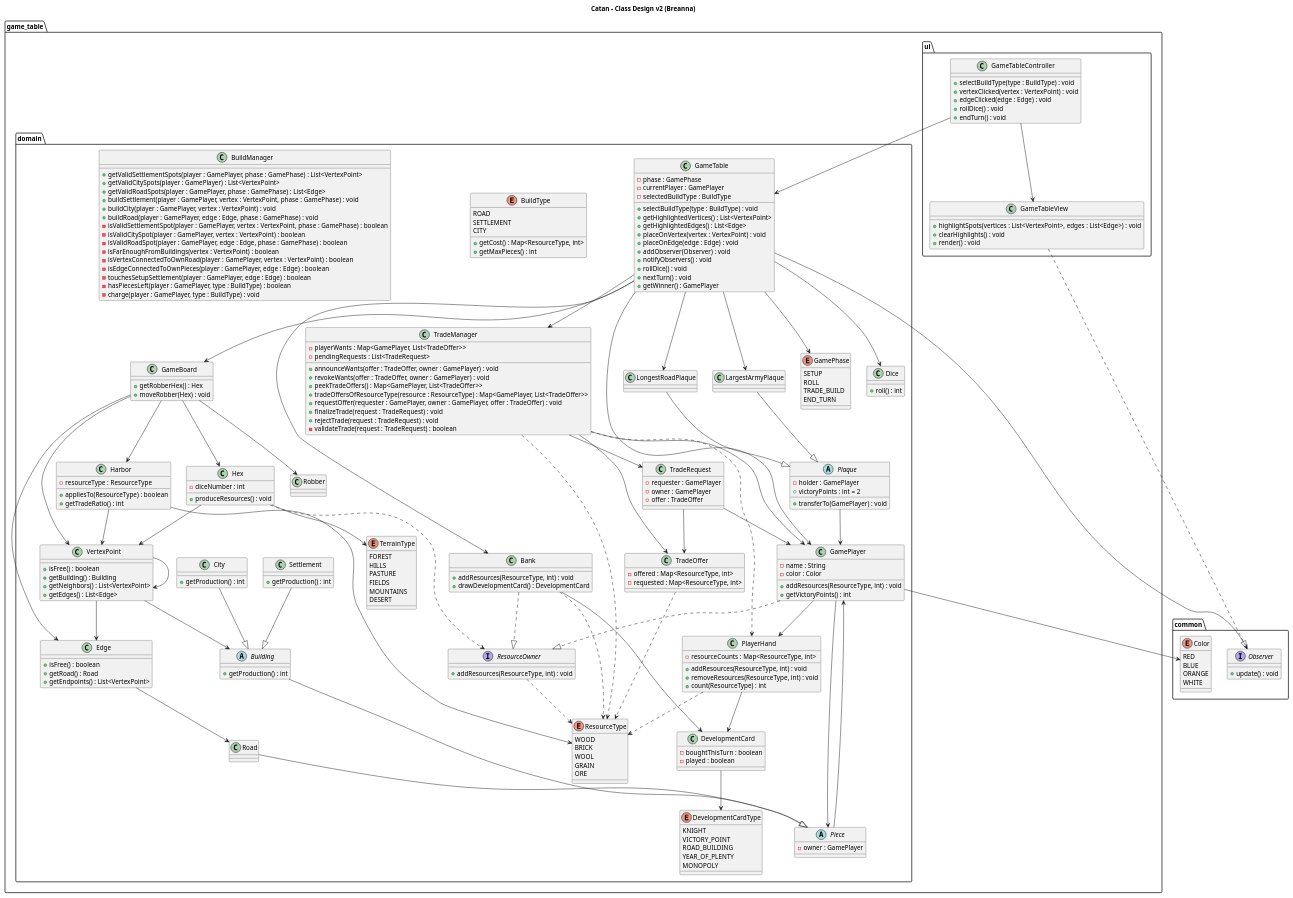
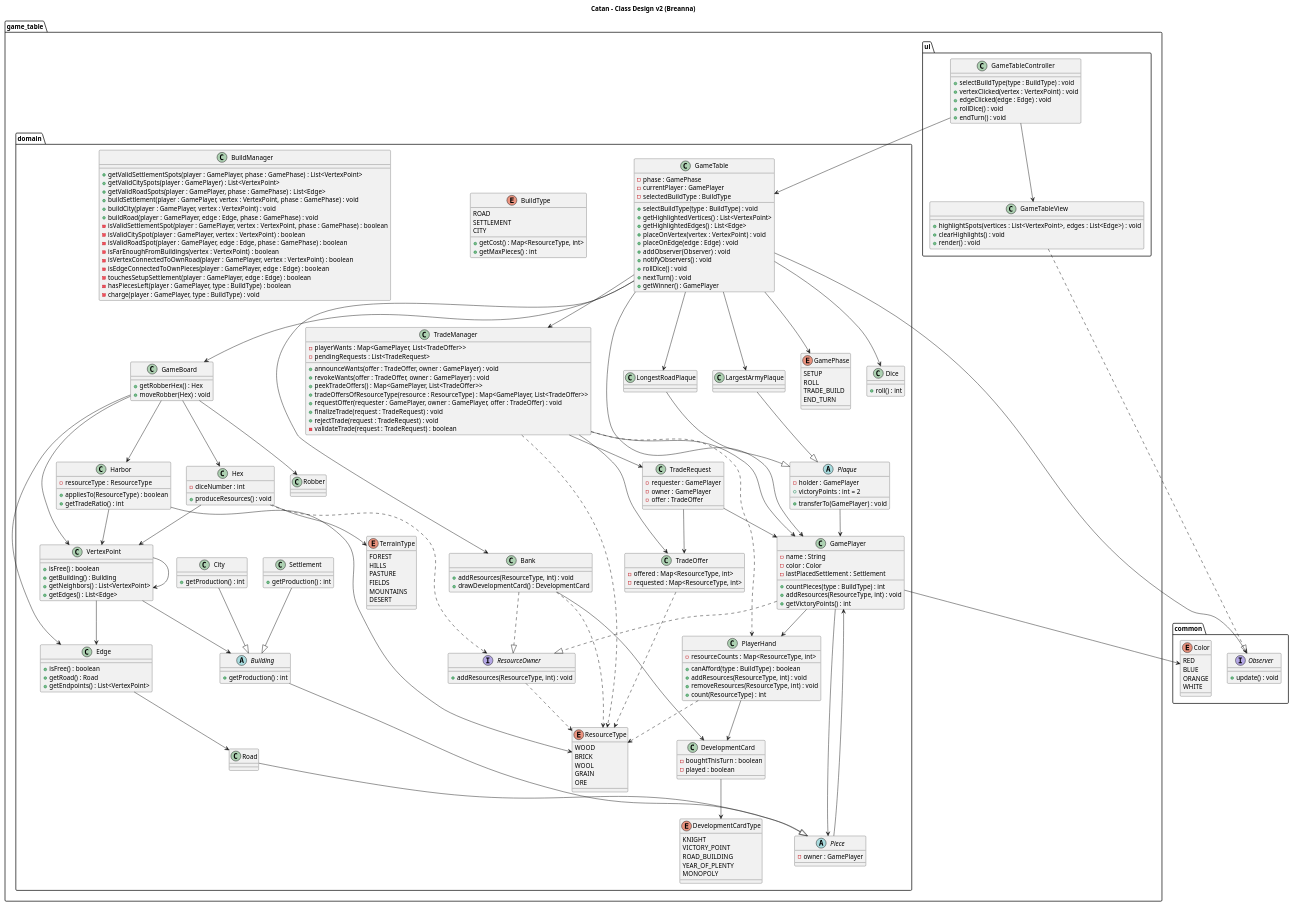
The diagram in docs/design/game_table_breanna.puml (nu-cs-sqe/cs380-software-quality-engineering-20262701-course-project-group-5), drawn with PlantUML before and after one commit.

Commit message:
revised GamePlayer and PlayerHand classes to work with building

```diff
--- a/docs/design/game_table_breanna.puml
+++ b/docs/design/game_table_breanna.puml
@@ -96,6 +96,8 @@
     class GamePlayer {
         -name : String
         -color : Color
+        -lastPlacedSettlement : Settlement
+        +countPieces(type : BuildType) : int
         +addResources(ResourceType, int) : void
         +getVictoryPoints() : int
     }
@@ -107,6 +109,7 @@
 
     class PlayerHand {
         -resourceCounts : Map<ResourceType, int>
+        +canAfford(type : BuildType) : boolean
         +addResources(ResourceType, int) : void
         +removeResources(ResourceType, int) : void
         +count(ResourceType) : int
```
